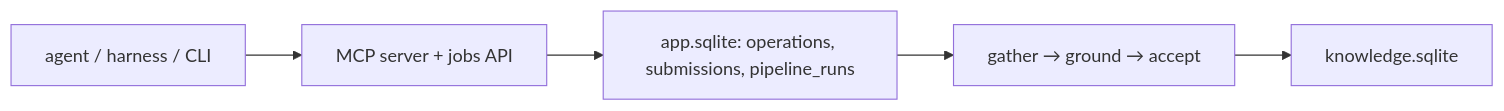
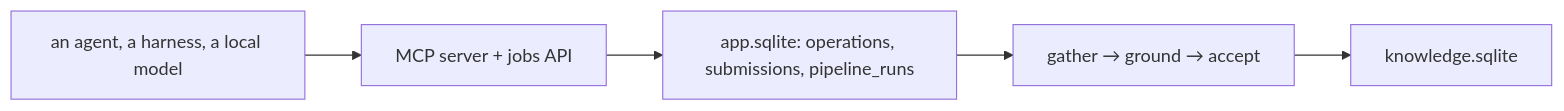
Before and after one commit to Berbadov/kriko: the diagram in docs/AGENT_OPERATIONS.md, drawn with Mermaid. The commit also changed other lines of this file and 15 other files, not shown here.

First line of the commit message:
docs: make every document model, agent and product agnostic

````diff
--- a/docs/AGENT_OPERATIONS.md
+++ b/docs/AGENT_OPERATIONS.md
@@ -6,6 +6,6 @@
 ```mermaid
 flowchart LR
-    AGENT["agent / harness / CLI"] --> MCP["MCP server + jobs API"]
+    AGENT["an agent, a harness, a local model"] --> MCP["MCP server + jobs API"]
     MCP --> STORE["app.sqlite: operations, submissions, pipeline_runs"]
     STORE --> PIPE["gather → ground → accept"] --> KSTORE["knowledge.sqlite"]
 ```
````
